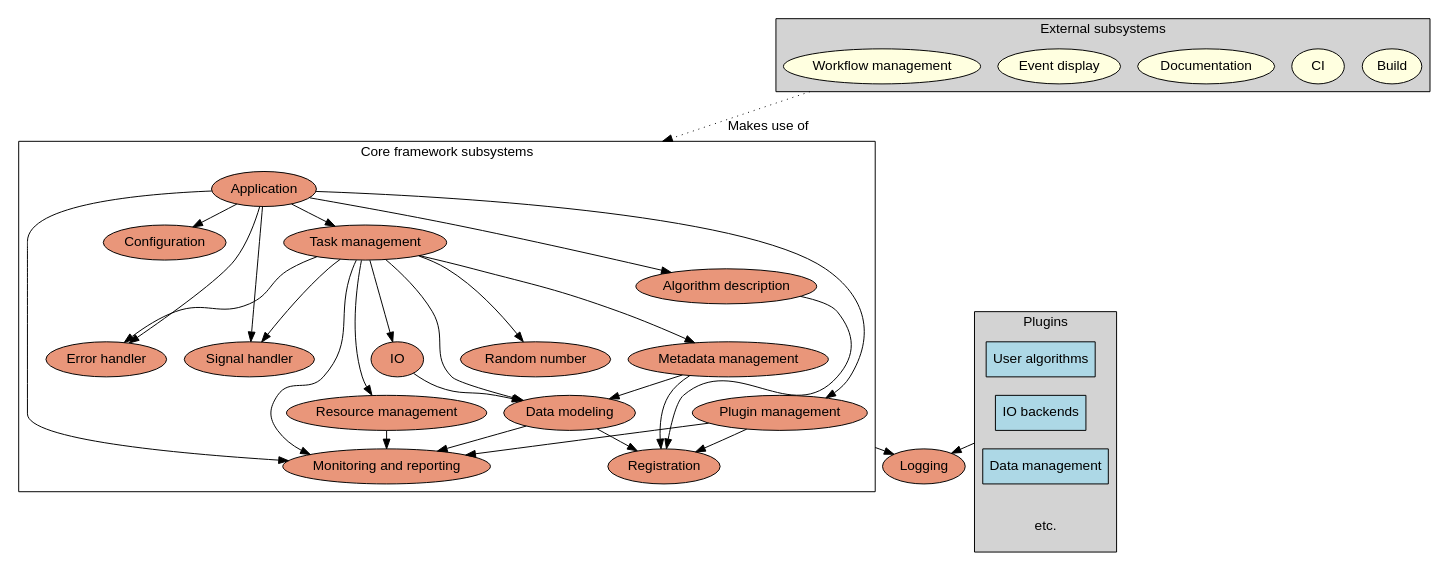
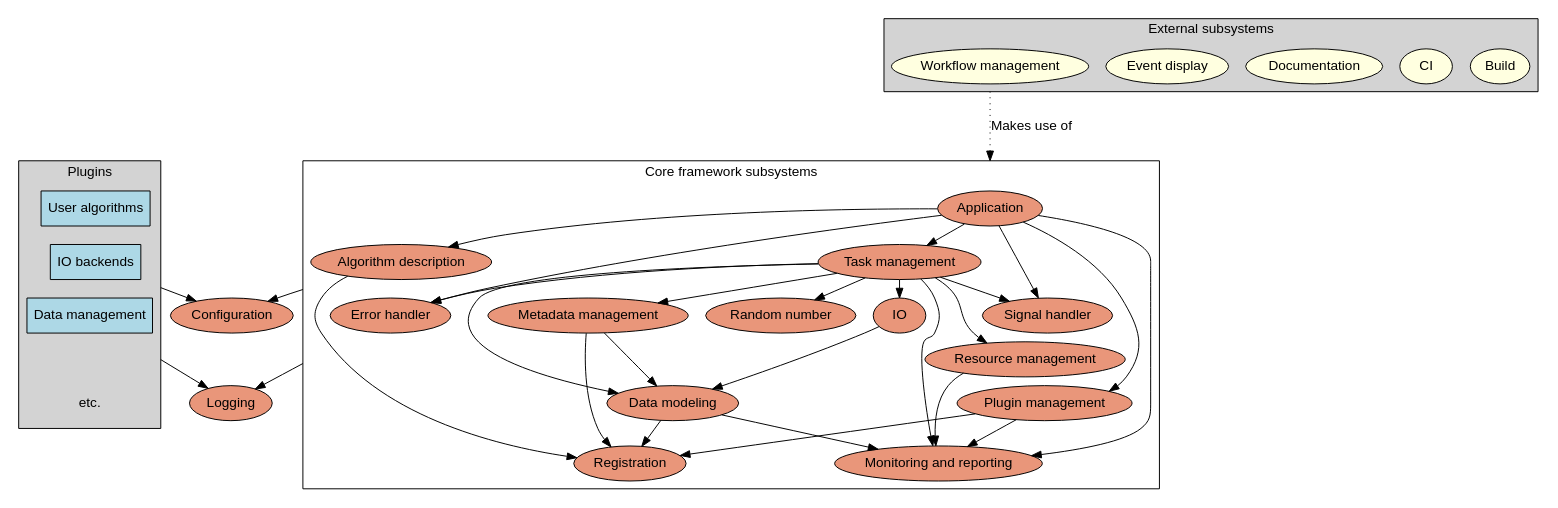
Before and after one commit to Framework-R-D/phlex-design: the diagram in subsystems.gv, drawn with Graphviz.

Commit message:
Adjust subsystem diagram so that configuration is more widely used

```diff
--- a/subsystems.gv
+++ b/subsystems.gv
@@ -1,100 +1,100 @@
 digraph finite_state_machine {
   fontname="Helvetica,Arial,sans-serif"
   compound=true
   node [fontname="Helvetica,Arial,sans-serif", style=filled, fillcolor=darksalmon];
 
   logging [label="Logging"];
+  configuration [label="Configuration"];
 
   subgraph cluster_core_subsystems {
     label = "Core framework subsystems";
 
     algo_description [label="Algorithm description"];
     application [label="Application"];
-    configuration [label="Configuration"];
     data_modeling [label="Data modeling"];
     error_handler [label="Error handler"];
     io [label="IO"];
     metadata_management [label="Metadata management"];
     monitoring [label="Monitoring and reporting"];
     plugin_management [label="Plugin management"];
     registration [label="Registration"];
     random_number [ label="Random number"];
     resource_management [label="Resource management"];
     signal_handler [label="Signal handler"];
     task_management [label="Task management"];
 
-    { rank=same; plugin_management; data_modeling; resource_management; }
+    { rank=same; algo_description; task_management; }
 
     algo_description -> registration;
 
     application -> algo_description;
-    application -> configuration;
     application -> error_handler;
     application -> monitoring;
     application -> plugin_management;
     application -> signal_handler;
     application -> task_management;
 
     data_modeling -> monitoring;
     data_modeling -> registration;
 
     io -> data_modeling;
 
     metadata_management -> data_modeling;
     metadata_management -> registration;
 
     plugin_management -> monitoring;
     plugin_management -> registration;
 
     resource_management -> monitoring;
 
     task_management -> data_modeling;
     task_management -> error_handler;
     task_management -> io;
     task_management -> metadata_management;
     task_management -> monitoring;
     task_management -> random_number;
     task_management -> resource_management;
     task_management -> signal_handler;
   }
 
   subgraph cluster_external {
     label="External subsystems";
     edge [style=invis]
     node [fillcolor=lightyellow];
     style="filled";
     fillcolor="lightgray";
 
     Build;
     CI;
     Documentation;
     event_display [label="Event display"];
     workflow [label="Workflow management"];
   }
 
   subgraph cluster_plugins {
     label="Plugins";
     edge [style=invis]
     node [shape=box,fillcolor=lightblue];
     ranksep="0.05";
     style="filled";
     fillcolor="lightgray";
 
     Algo [label="User algorithms"]
     ROOT [label="IO backends"]
     RUCIO [label="Data management"]
     ellipsis [label="etc.", fillcolor=none, peripheries=0];
-    Algo -> ROOT -> RUCIO -> ellipsis
+    Algo -> ROOT -> RUCIO -> ellipsis;
   }
 
-  plugin_management -> logging [ltail=cluster_core_subsystems,
-                                fontname="Helvetica,Arial,sans-serif"];
-  ROOT -> logging [ltail=cluster_plugins,
-                   fontname="Helvetica,Arial,sans-serif"];
-  workflow -> task_management [ltail=cluster_external,
-                               lhead=cluster_core_subsystems,
-                               fontname="Helvetica,Arial,sans-serif",
-                               label="Makes use of",
-                               style=dotted,
-                               minlen=3]
+  algo_description -> configuration [ltail=cluster_core_subsystems];
+  error_handler -> logging [ltail=cluster_core_subsystems];
+
+  RUCIO -> logging [ltail=cluster_plugins];
+  ROOT -> configuration [ltail=cluster_plugins];
+  workflow -> application [ltail=cluster_external,
+                           lhead=cluster_core_subsystems,
+                           fontname="Helvetica,Arial,sans-serif",
+                           label=" Makes use of",
+                           style=dotted,
+                           minlen=3]
 }
```
